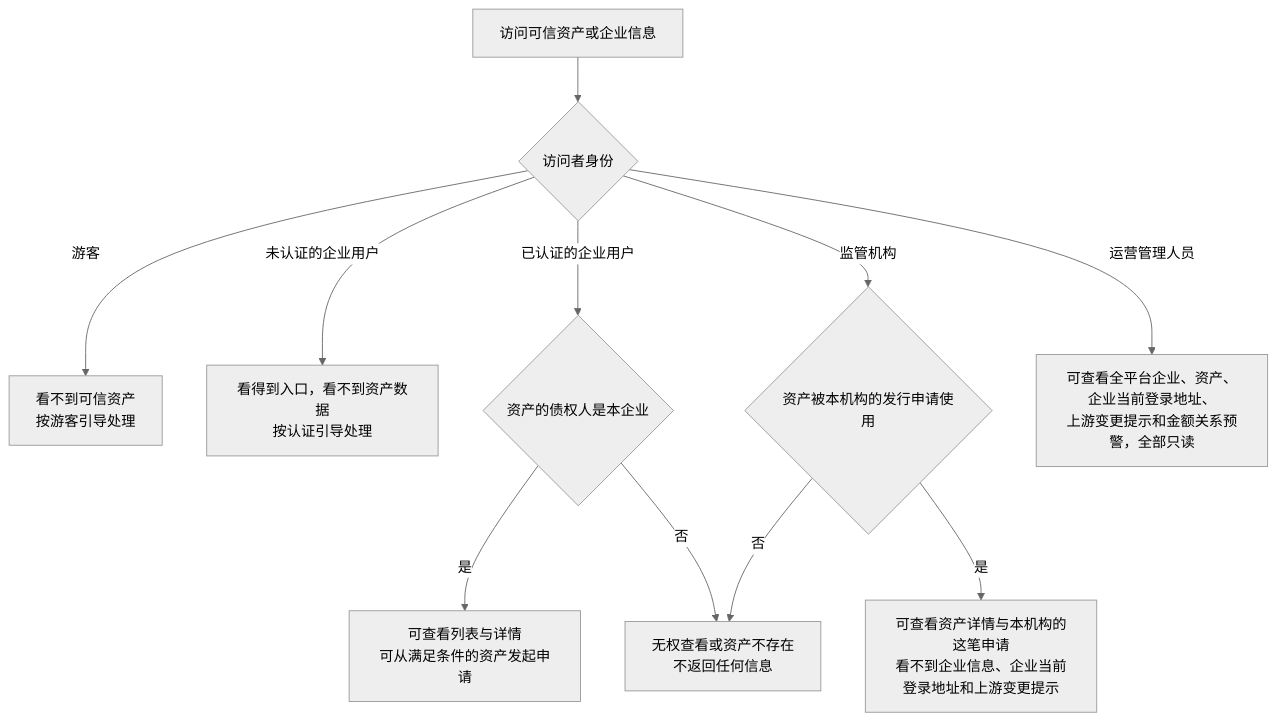
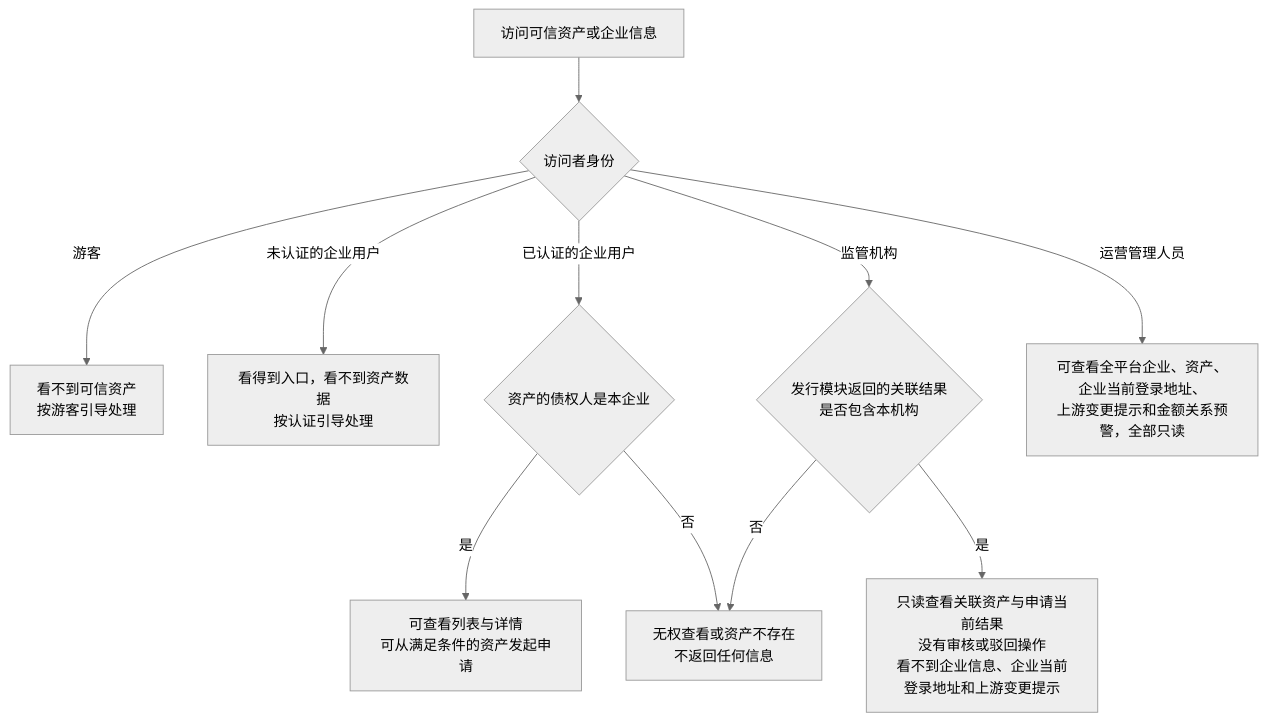
Before and after one commit to wxblockchain/Chain-Financing: the sixth of 6 diagrams in token-issuance-platform/PRD/两端共用/M2-可信资产/02-可信资产-流程图与状态机.md, drawn with Mermaid (neutral theme). The commit also changed other lines of this file and 2 other files, not shown here.

````diff
--- a/token-issuance-platform/PRD/两端共用/M2-可信资产/02-可信资产-流程图与状态机.md
+++ b/token-issuance-platform/PRD/两端共用/M2-可信资产/02-可信资产-流程图与状态机.md
@@ -116,13 +114,13 @@
 ```mermaid
 flowchart TD
     A[访问可信资产或企业信息] --> B{访问者身份}
     B -->|游客| G[看不到可信资产<br/>按游客引导处理]
     B -->|未认证的企业用户| U[看得到入口，看不到资产数据<br/>按认证引导处理]
     B -->|已认证的企业用户| C{资产的债权人是本企业}
     C -->|是| C1[可查看列表与详情<br/>可从满足条件的资产发起申请]
     C -->|否| N[无权查看或资产不存在<br/>不返回任何信息]
-    B -->|监管机构| D{资产被本机构的发行申请使用}
-    D -->|是| D1[可查看资产详情与本机构的这笔申请<br/>看不到企业信息、企业当前登录地址和上游变更提示]
+    B -->|监管机构| D{发行模块返回的关联结果<br/>是否包含本机构}
+    D -->|是| D1[只读查看关联资产与申请当前结果<br/>没有审核或驳回操作<br/>看不到企业信息、企业当前登录地址和上游变更提示]
     D -->|否| N
     B -->|运营管理人员| E[可查看全平台企业、资产、企业当前登录地址、<br/>上游变更提示和金额关系预警，全部只读]
 ```
````
